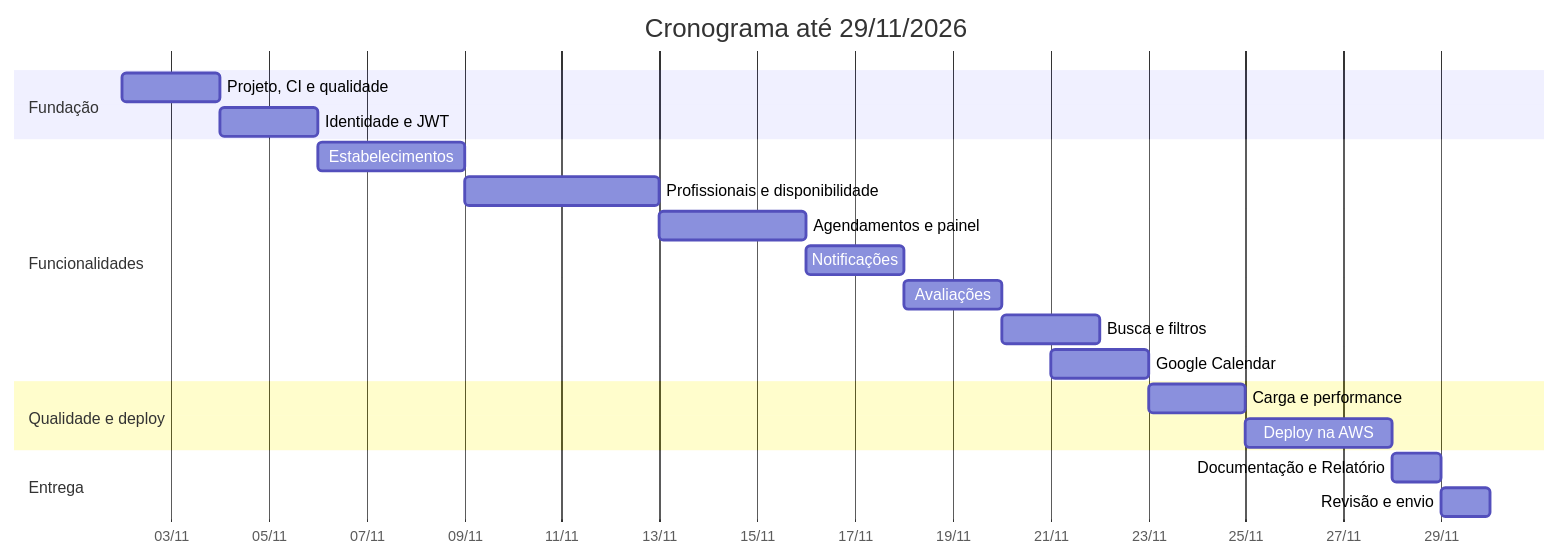
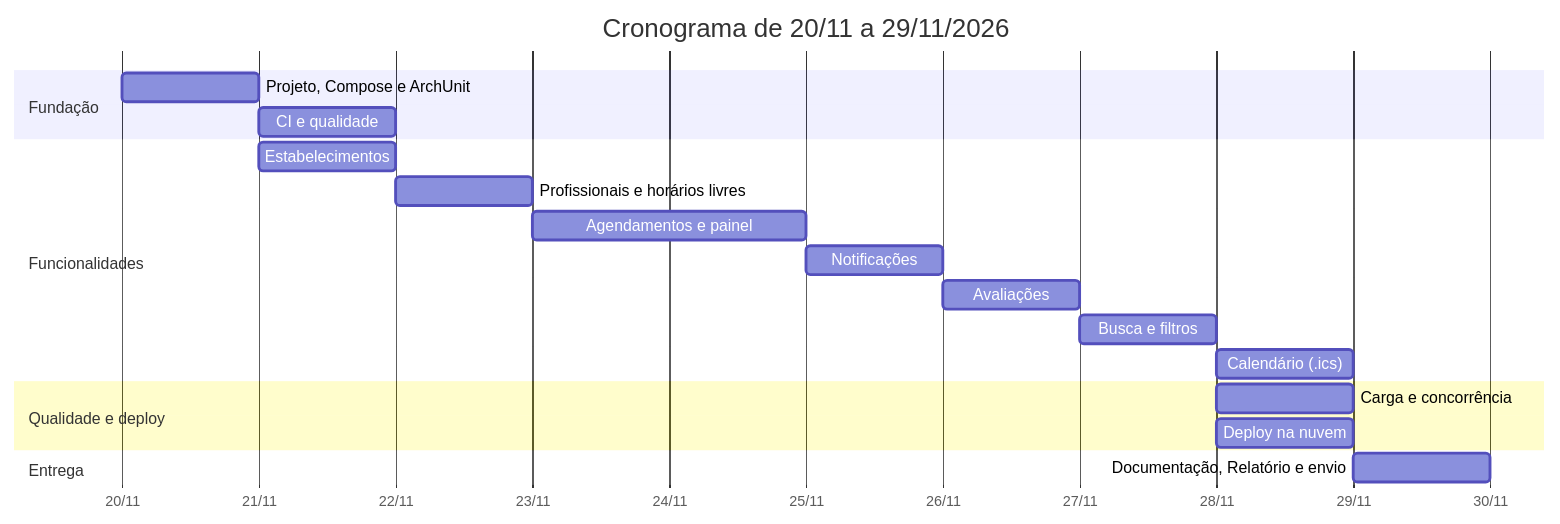
One commit to c-nnett/prova-sub-fase-3 changed the diagram in artefatos/planejamento-de-desenvolvimento.md. Above: the diagram before and after it, drawn with Mermaid. The commit also changed other lines of this file, not shown here.

````diff
--- a/artefatos/planejamento-de-desenvolvimento.md
+++ b/artefatos/planejamento-de-desenvolvimento.md
@@ -30,23 +63,22 @@
 ```mermaid
 gantt
-    title Cronograma até 29/11/2026
+    title Cronograma de 20/11 a 29/11/2026
     dateFormat YYYY-MM-DD
     axisFormat %d/%m
     section Fundação
-    Projeto, CI e qualidade        :a1, 2026-11-02, 2d
-    Identidade e JWT               :a2, 2026-11-04, 2d
+    Projeto, Compose e ArchUnit     :a1, 2026-11-20, 1d
+    CI e qualidade                  :a2, 2026-11-21, 1d
     section Funcionalidades
-    Estabelecimentos               :b1, 2026-11-06, 3d
-    Profissionais e disponibilidade:b2, 2026-11-09, 4d
-    Agendamentos e painel          :b3, 2026-11-13, 3d
-    Notificações                   :b4, 2026-11-16, 2d
-    Avaliações                     :b5, 2026-11-18, 2d
-    Busca e filtros                :b6, 2026-11-20, 2d
-    Google Calendar                :b7, 2026-11-21, 2d
+    Estabelecimentos                :b1, 2026-11-21, 1d
+    Profissionais e horários livres :b2, 2026-11-22, 1d
+    Agendamentos e painel           :b3, 2026-11-23, 2d
+    Notificações                    :b4, 2026-11-25, 1d
+    Avaliações                      :b5, 2026-11-26, 1d
+    Busca e filtros                 :b6, 2026-11-27, 1d
+    Calendário (.ics)               :b7, 2026-11-28, 1d
     section Qualidade e deploy
-    Carga e performance            :c1, 2026-11-23, 2d
-    Deploy na AWS                  :c2, 2026-11-25, 3d
+    Carga e concorrência            :c1, 2026-11-28, 1d
+    Deploy na nuvem                 :c2, 2026-11-28, 1d
     section Entrega
-    Documentação e Relatório       :d1, 2026-11-28, 1d
-    Revisão e envio                :d2, 2026-11-29, 1d
+    Documentação, Relatório e envio :d1, 2026-11-29, 1d
 ```
````
